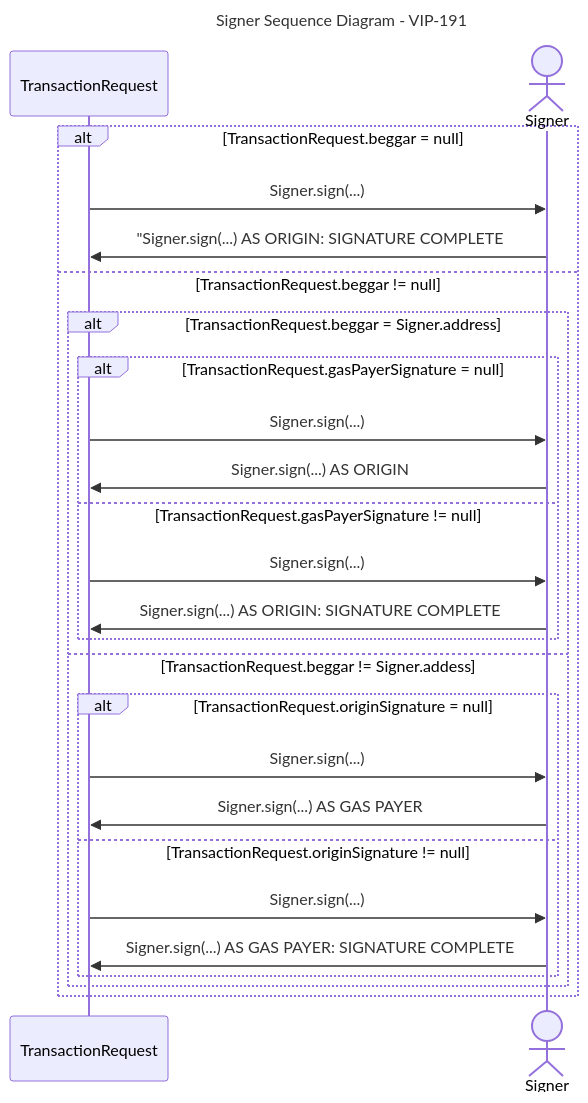
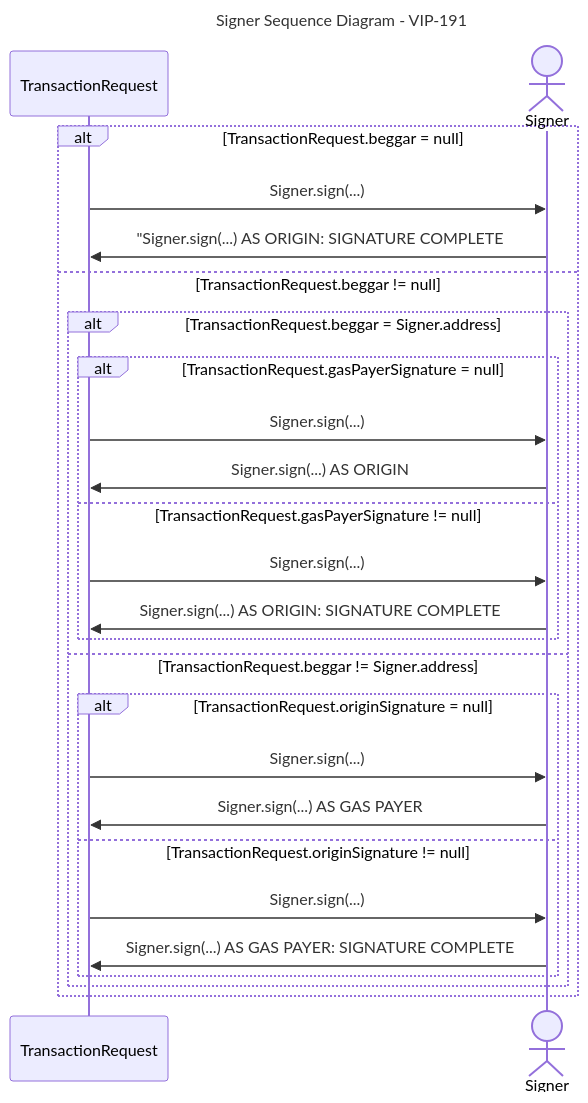
Before and after one commit to vechain/vechain-sdk-js: the diagram in docs/thorest/thor/signer/signer_sequence.mmd, drawn with Mermaid. The commit also changed 4 other files, not shown here.

```diff
--- a/docs/thorest/thor/signer/signer_sequence.mmd
+++ b/docs/thorest/thor/signer/signer_sequence.mmd
@@ -1,28 +1,28 @@
 ---
 title: Signer Sequence Diagram - VIP-191
 ---
 sequenceDiagram
     participant TransactionRequest
     actor Signer
     alt TransactionRequest.beggar = null
         TransactionRequest ->> Signer: Signer.sign(...)
         Signer ->> TransactionRequest: "Signer.sign(...) AS ORIGIN: SIGNATURE COMPLETE
     else TransactionRequest.beggar != null
         alt TransactionRequest.beggar = Signer.address
             alt TransactionRequest.gasPayerSignature = null
                 TransactionRequest ->> Signer: Signer.sign(...)
                 Signer ->> TransactionRequest: Signer.sign(...) AS ORIGIN
             else TransactionRequest.gasPayerSignature != null
                 TransactionRequest ->> Signer: Signer.sign(...)
                 Signer ->> TransactionRequest: Signer.sign(...) AS ORIGIN: SIGNATURE COMPLETE
             end
-        else TransactionRequest.beggar != Signer.addess
+        else TransactionRequest.beggar != Signer.address
             alt TransactionRequest.originSignature = null
                 TransactionRequest ->> Signer: Signer.sign(...)
                 Signer ->> TransactionRequest: Signer.sign(...) AS GAS PAYER
             else TransactionRequest.originSignature != null
                 TransactionRequest ->> Signer: Signer.sign(...)
                 Signer ->> TransactionRequest: Signer.sign(...) AS GAS PAYER: SIGNATURE COMPLETE
             end
         end
     end
```
